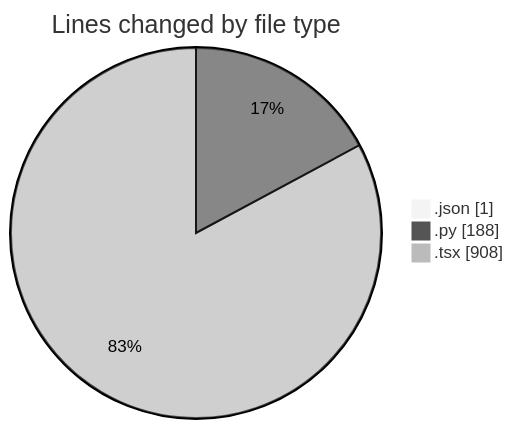
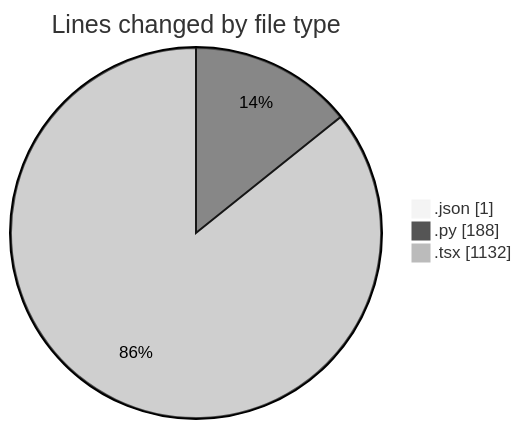
The first of 2 diagrams in 2025-10-06/eventscop-frontend-guide__workspace_/README.md (julien-gomy/code-tracking), drawn with Mermaid (neutral theme) before and after one commit. The commit also changed other lines of this file and 1 other file, not shown here.

````diff
--- a/2025-10-06/eventscop-frontend-guide__workspace_/README.md
+++ b/2025-10-06/eventscop-frontend-guide__workspace_/README.md
@@ -24,7 +24,7 @@
 ```mermaid
 pie showData
 title Lines changed by file type
 ".json" : 1
 ".py" : 188
-".tsx" : 908
+".tsx" : 1132
 ```
````
